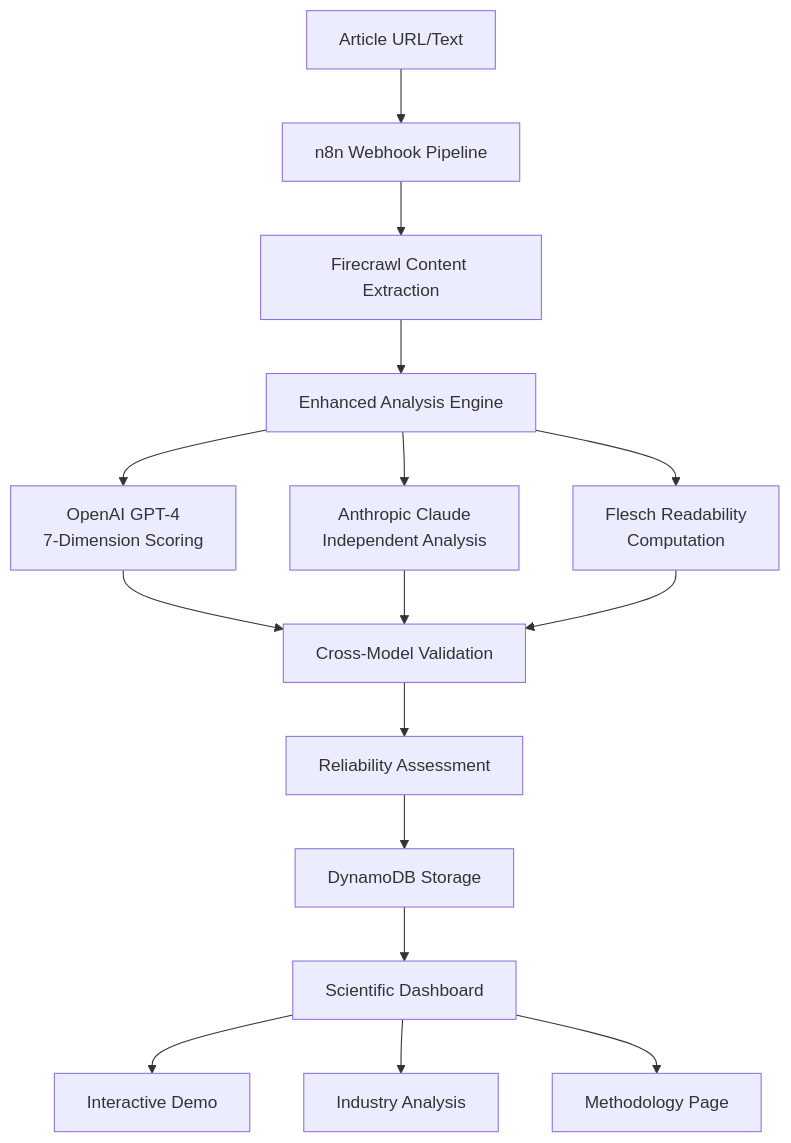
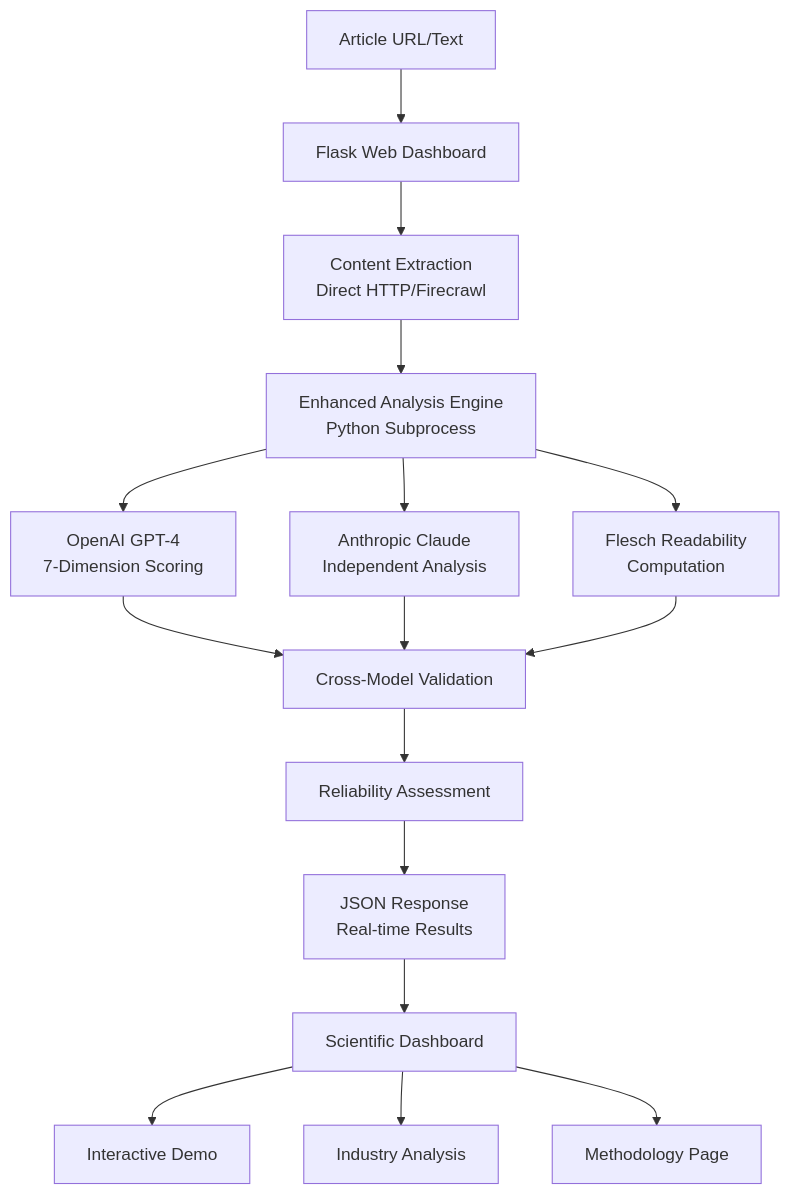
Before and after one commit to dp-pcs/expertise-inflation-index: the diagram in README.md, drawn with Mermaid. The commit also changed other lines of this file and 1 other file, not shown here.

First line of the commit message:
Update documentation to reflect direct implementation architecture

````diff
--- a/README.md
+++ b/README.md
@@ -124,18 +126,18 @@
 ```mermaid
 graph TB
-    A[Article URL/Text] --> B[n8n Webhook Pipeline]
-    B --> C[Firecrawl Content Extraction] 
-    C --> D[Enhanced Analysis Engine]
+    A[Article URL/Text] --> B[Flask Web Dashboard]
+    B --> C[Content Extraction<br/>Direct HTTP/Firecrawl] 
+    C --> D[Enhanced Analysis Engine<br/>Python Subprocess]
     D --> E[OpenAI GPT-4<br/>7-Dimension Scoring]
     D --> F[Anthropic Claude<br/>Independent Analysis]
     D --> G[Flesch Readability<br/>Computation]
     E --> H[Cross-Model Validation]
     F --> H
     G --> H
     H --> I[Reliability Assessment]
-    I --> J[DynamoDB Storage]
+    I --> J[JSON Response<br/>Real-time Results]
     J --> K[Scientific Dashboard]
     K --> L[Interactive Demo]
     K --> M[Industry Analysis]
     K --> N[Methodology Page]
 ```
````
